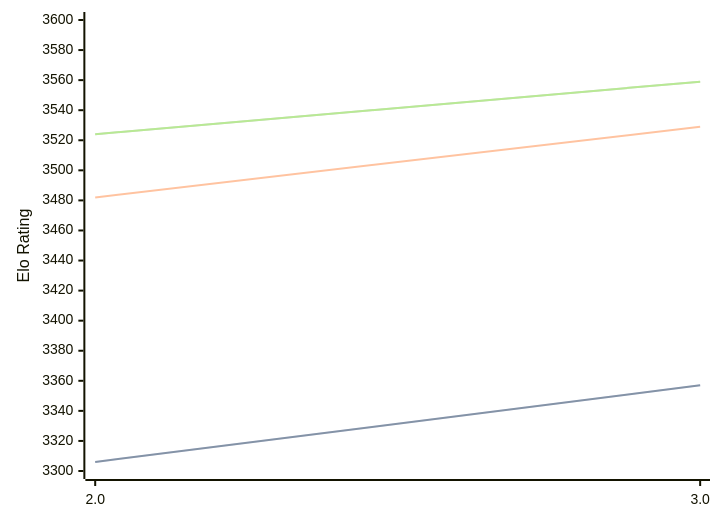
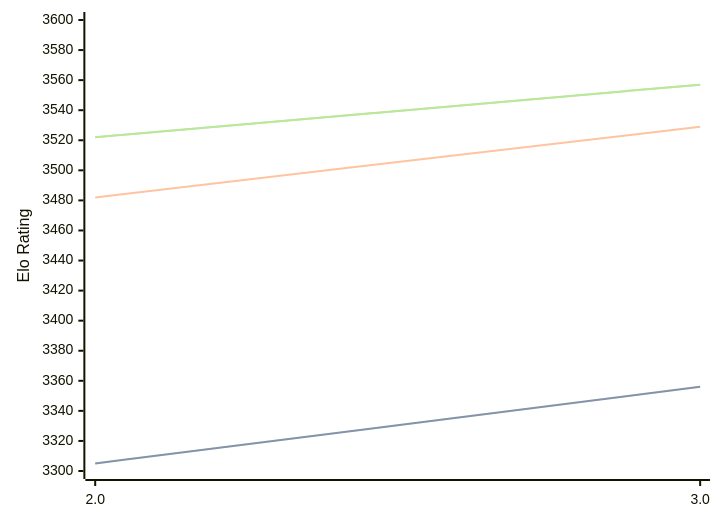
Before and after one commit to computer-chess-index/cci: the diagram in engines/Quanticade.md, drawn with Mermaid. The commit also changed other lines of this file, not shown here.

Commit message:
Update CCI Ratings (ELO VLTC) - 2026-10-01

````diff
--- a/engines/Quanticade.md
+++ b/engines/Quanticade.md
@@ -32,11 +32,11 @@
 ```mermaid
 %%{init: {"theme":"base","themeVariables":{"seriesColors:['#a3a3a3','#222221','#faa371']}}}%%
 xychart-beta
   x-axis ["2.0", "3.0"]
   y-axis "Elo Rating" 3300 --> 3600
-  line "" [3306, 3357]
-  line "STC (8.0+0.08s)" [3306, 3357]
+  line "" [3305, 3356]
+  line "STC (8.0+0.08s)" [3305, 3356]
   line "LTC (60.0+0.60s)" [3482, 3529]
-  line "" [3524, 3559]
-  line "VLTC (2m24s+1.12s)" [3524, 3559]
+  line "" [3522, 3557]
+  line "VLTC (2m24s+1.12s)" [3522, 3557]
 ```
````
